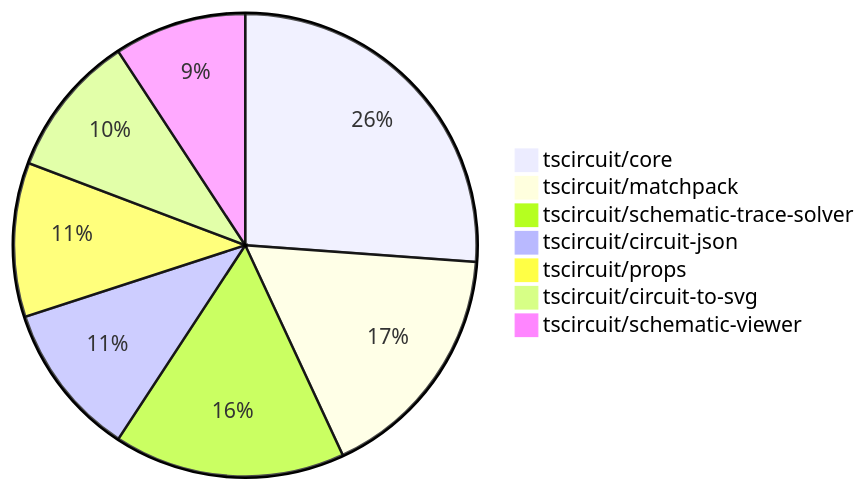
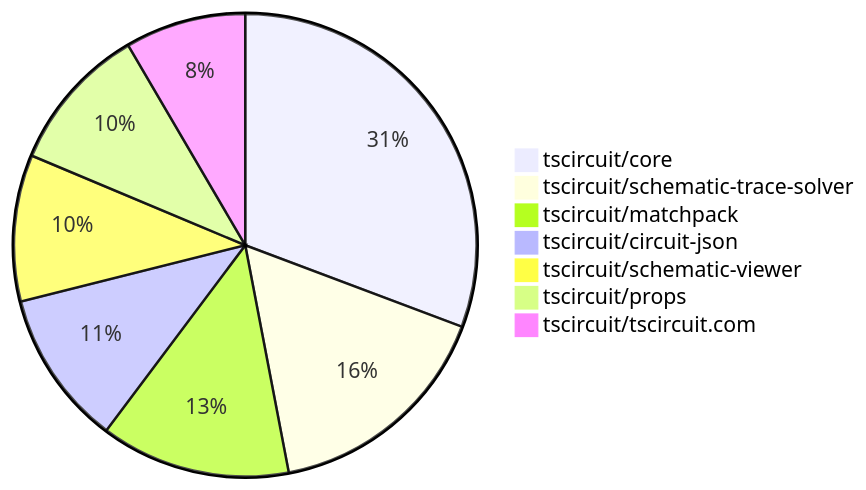
Before and after one commit to tscircuit/contribution-tracker: the second of 2 diagrams in README.md, drawn with Mermaid. The commit also changed other lines of this file and 3 other files, not shown here.

````diff
--- a/README.md
+++ b/README.md
@@ -107,10 +112,10 @@
 ```mermaid
 pie
-    "tscircuit/core" : 34
+    "tscircuit/core" : 51
+    "tscircuit/schematic-trace-solver" : 27
     "tscircuit/matchpack" : 22
-    "tscircuit/schematic-trace-solver" : 21
-    "tscircuit/circuit-json" : 14
-    "tscircuit/props" : 14
-    "tscircuit/circuit-to-svg" : 13
-    "tscircuit/schematic-viewer" : 12
+    "tscircuit/circuit-json" : 18
+    "tscircuit/schematic-viewer" : 17
+    "tscircuit/props" : 17
+    "tscircuit/tscircuit.com" : 14
 ```
````
